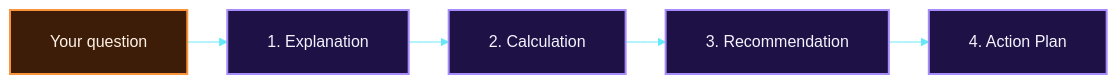
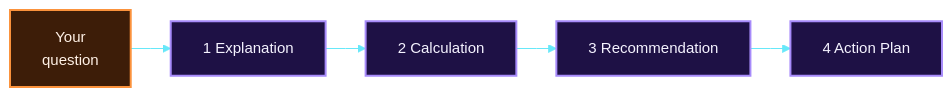
One commit to Mansi232323/MANSHORA changed diagram 13 of 17 in README.md. Above: the diagram before and after it, drawn with Mermaid. The commit also changed other lines of this file, not shown here.

````diff
--- a/README.md
+++ b/README.md
@@ -362,9 +475,9 @@
 ```mermaid
-%%{init: {'theme':'base','themeVariables':{'fontSize':'16px','fontFamily':'Arial, Helvetica, sans-serif','lineColor':'#67e8f9'},'flowchart':{'htmlLabels':true,'nodeSpacing':30,'rankSpacing':40,'padding':20,'wrappingWidth':260}}}%%
+%%{init: {'theme':'base','themeVariables':{'fontSize':'15px','fontFamily':'Arial, Helvetica, sans-serif','primaryColor':'#1e1145','primaryTextColor':'#f5f3ff','primaryBorderColor':'#a78bfa','lineColor':'#67e8f9','textColor':'#f5f3ff','edgeLabelBackground':'#1e1145'},'flowchart':{'htmlLabels':true,'nodeSpacing':30,'rankSpacing':40,'padding':16,'curve':'linear'}}}%%
 flowchart LR
-    Q["Your question"] --> E["1. Explanation"] --> C["2. Calculation"] --> R["3. Recommendation"] --> A["4. Action Plan"]
+    Q["Your<br/>question"] --> E["1 Explanation"] --> C["2 Calculation"] --> R["3 Recommendation"] --> A["4 Action Plan"]
     classDef a fill:#1e1145,stroke:#a78bfa,stroke-width:2px,color:#f5f3ff
     classDef q fill:#3d1d08,stroke:#fb923c,stroke-width:2px,color:#fff1e6
     class E,C,R,A a
     class Q q
 ```
````
